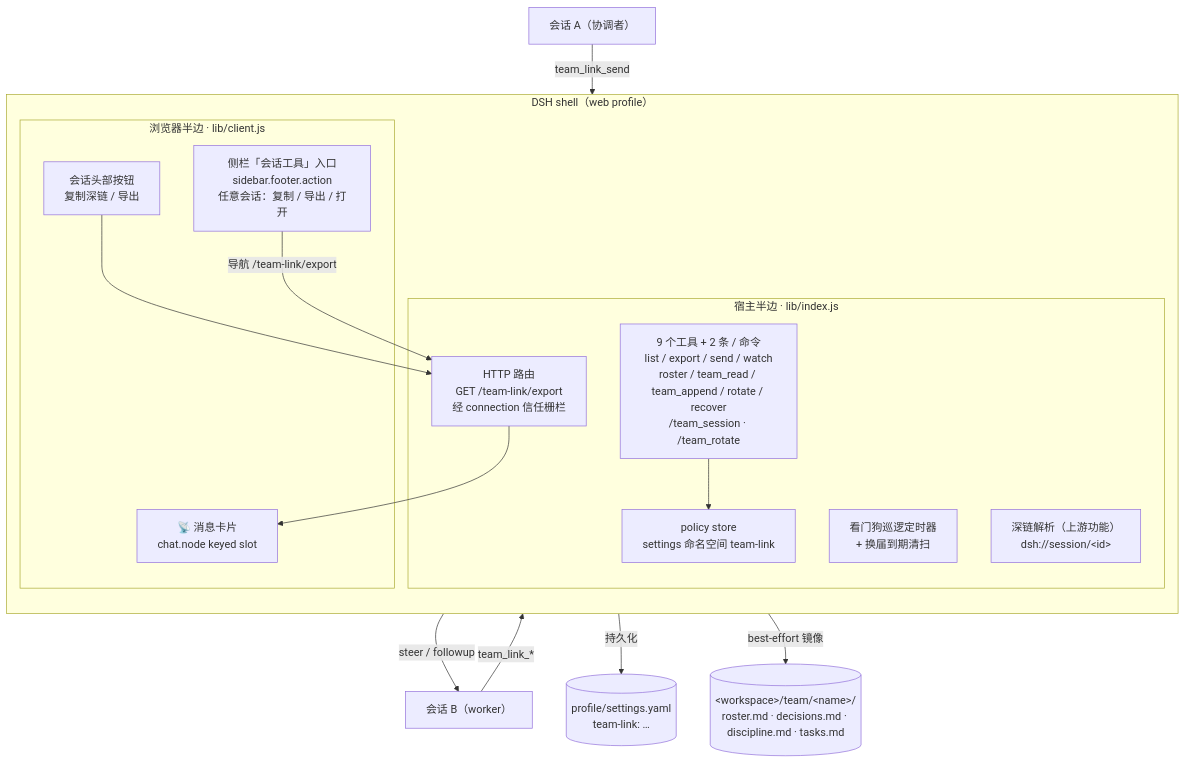
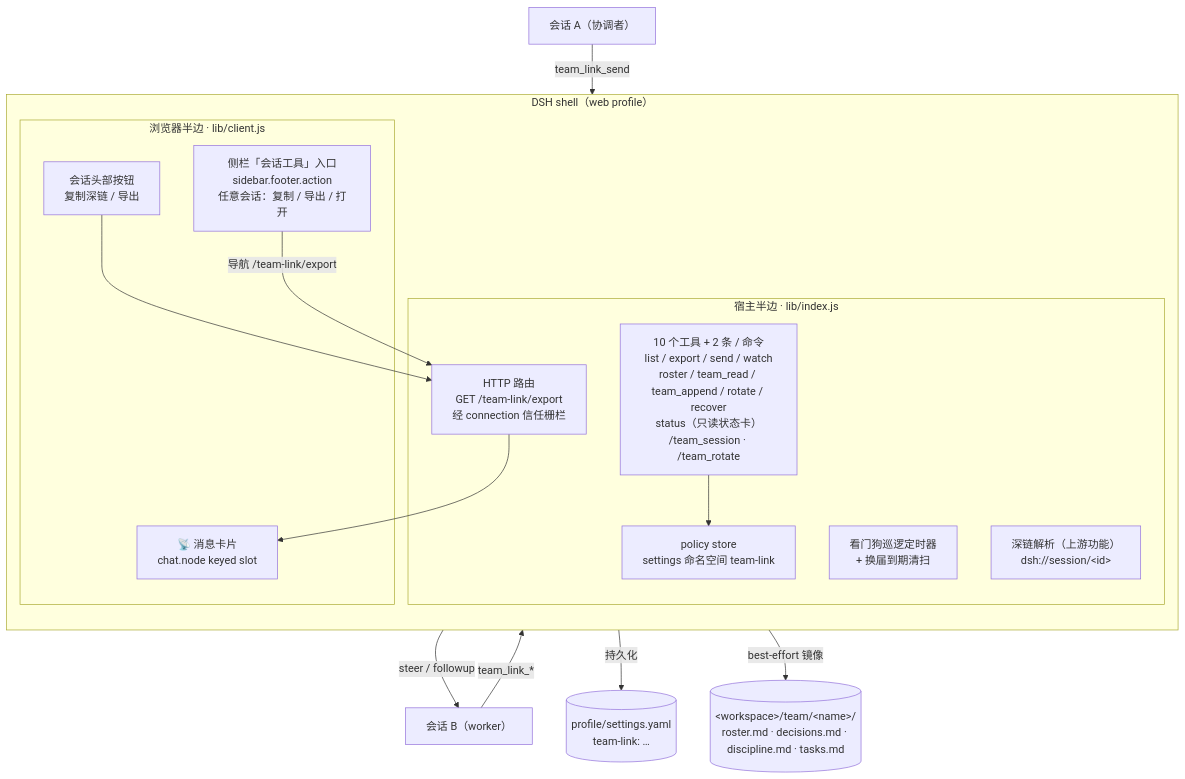
One commit to shenhuanageshei/dsh-team-link changed the first of 7 diagrams in README.md. Above: the diagram before and after it, drawn with Mermaid. The commit also changed other lines of this file and 6 other files, not shown here.

First line of the commit message:
feat(observability): A 批 —— 读窗扩展 · 团队状态卡 · 台账收件视图/派生回执（设计 §4，判据 U1–U14）

````diff
--- a/README.md
+++ b/README.md
@@ -203,27 +204,27 @@
 ```mermaid
 flowchart TB
     subgraph Shell["DSH shell（web profile）"]
         direction TB
         subgraph Host["宿主半边 · lib/index.js"]
-            T["9 个工具 + 2 条 / 命令<br/>list / export / send / watch<br/>roster / team_read / team_append / rotate / recover<br/>/team_session · /team_rotate"]
+            T["10 个工具 + 2 条 / 命令<br/>list / export / send / watch<br/>roster / team_read / team_append / rotate / recover<br/>status（只读状态卡）<br/>/team_session · /team_rotate"]
             R["HTTP 路由<br/>GET /team-link/export<br/>经 connection 信任栅栏"]
             W["看门狗巡逻定时器<br/>+ 换届到期清扫"]
             DL["深链解析（上游功能）<br/>dsh://session/&lt;id&gt;"]
             ST["policy store<br/>settings 命名空间 team-link"]
         end
         subgraph Client["浏览器半边 · lib/client.js"]
             CARD["📡 消息卡片<br/>chat.node keyed slot"]
             BTN["会话头部按钮<br/>复制深链 / 导出"]
             SLOT["侧栏「会话工具」入口<br/>sidebar.footer.action<br/>任意会话：复制 / 导出 / 打开"]
         end
     end
     S1["会话 A（协调者）"] -->|team_link_send| T
     S2["会话 B（worker）"] -->|team_link_*| T
     T -->|steer / followup| S2
     T --> ST
     ST -->|持久化| YAML[("profile/settings.yaml<br/>team-link: …")]
     T -->|best-effort 镜像| BB[("&lt;workspace&gt;/team/&lt;name&gt;/<br/>roster.md · decisions.md · discipline.md · tasks.md")]
     R --> CARD
     BTN --> R
     SLOT -->|导航 /team-link/export| R
 ```
````
